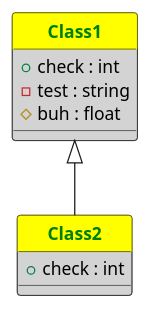
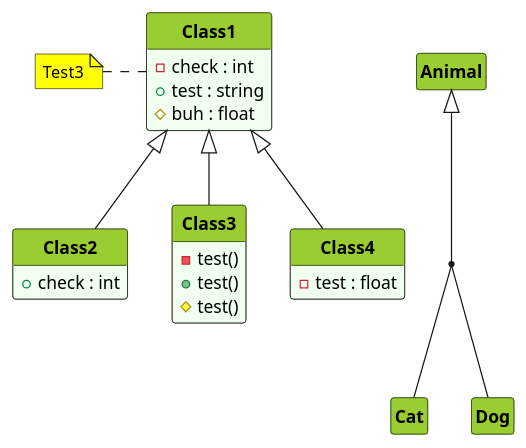
Before and after one commit to VladKaralius/cse210-projects: the diagram in prove/Develop03/test.pu, drawn with PlantUML.

```diff
--- a/prove/Develop03/test.pu
+++ b/prove/Develop03/test.pu
@@ -1,40 +1,71 @@
 @startuml test
 hide circle
+hide empty members
 'skinparam classAttributeIconSize 0
+skinparam style strictuml
+'skinparam groupInheritance 2
+'skinparam linetype ortho
 <style>
 classDiagram {
   class {
-      ' attributes and methods
-      FontColor black
-      BackgroundColor lightgray
-      ' class name
-      header {
-        ' FontSize 20
-        BackgroundColor yellow
-        FontColor green
-        FontStyle bold
-      }
+    'attributes and methods
+    'FontSize 14
+    'FontColor black
+    'BackgroundColor #fefece
+    BackgroundColor #f0fff0
+    'RoundCorner 0
+    'class name
+    header {
+      'FontSize 12
+      BackgroundColor YellowGreen
+      'FontColor Black
+       FontStyle bold
+    }
+  }
+  note {
+    BackgroundColor Yellow
   }
 }
 </style>
 
-SkinParam {
-    NodeSep 200 ' horizontal spacing
-    RankSep 200 ' vertical spacing
+'note "Test1" as Note1
+'note "Test2" as Note2
+'Note1 .. Class1
+'Note1 . Class2
+
+class Class1 {
+  - check : int
+  + test : string
+  # buh : float
 }
 
-class Class1
-{
-    + check : int
-    - test : string
-    # buh : float
+note left : Test3
+
+class Class2 {
+  + check : int
 }
 
-class Class2
-{
-    + check : int
+class Class3 {
+  - test()
+  + test()
+  # test()
+}
+
+class Class4 {
+  - test : float
 }
 
 Class1 <|-- Class2
+Class1 <|-- Class3
+Class1 <|-- Class4
+
+
+class Animal
+together {
+  class Dog
+  class Cat
+}
+Animal <|-- Cat
+Dog - (Animal, Cat)
 
 @enduml
```
